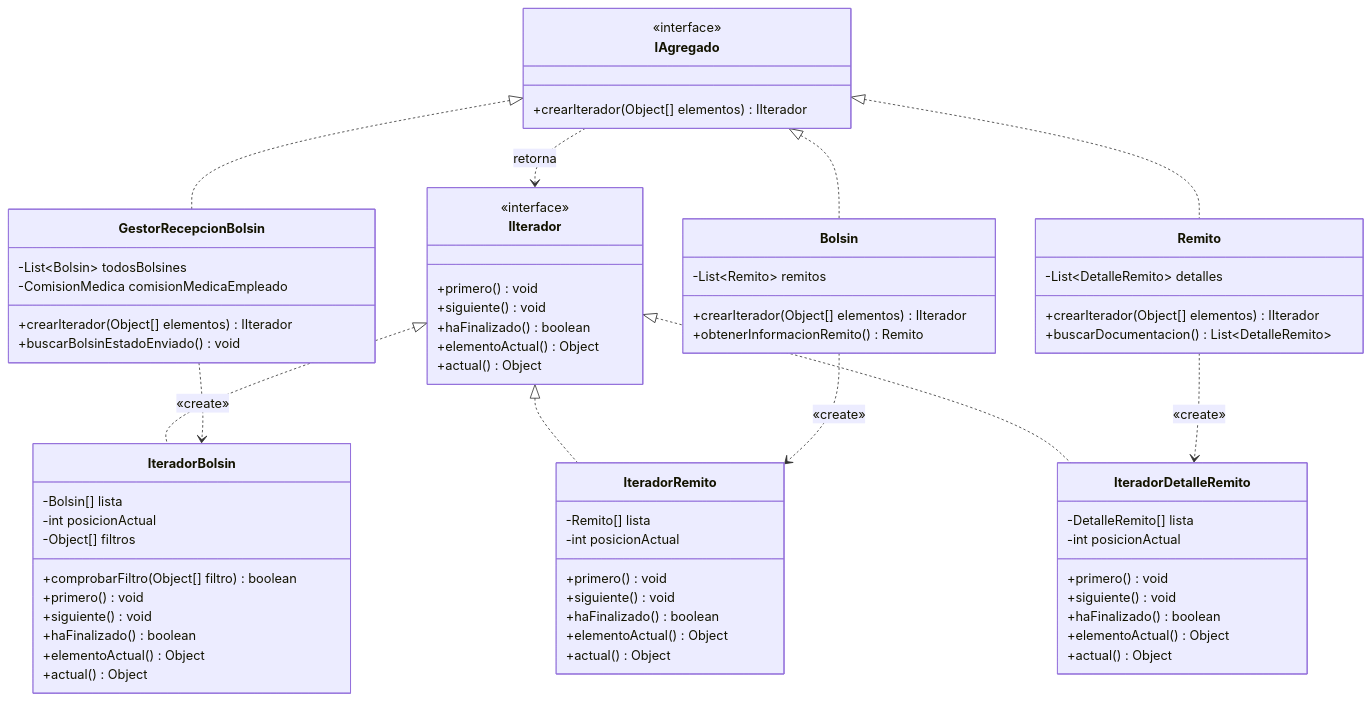
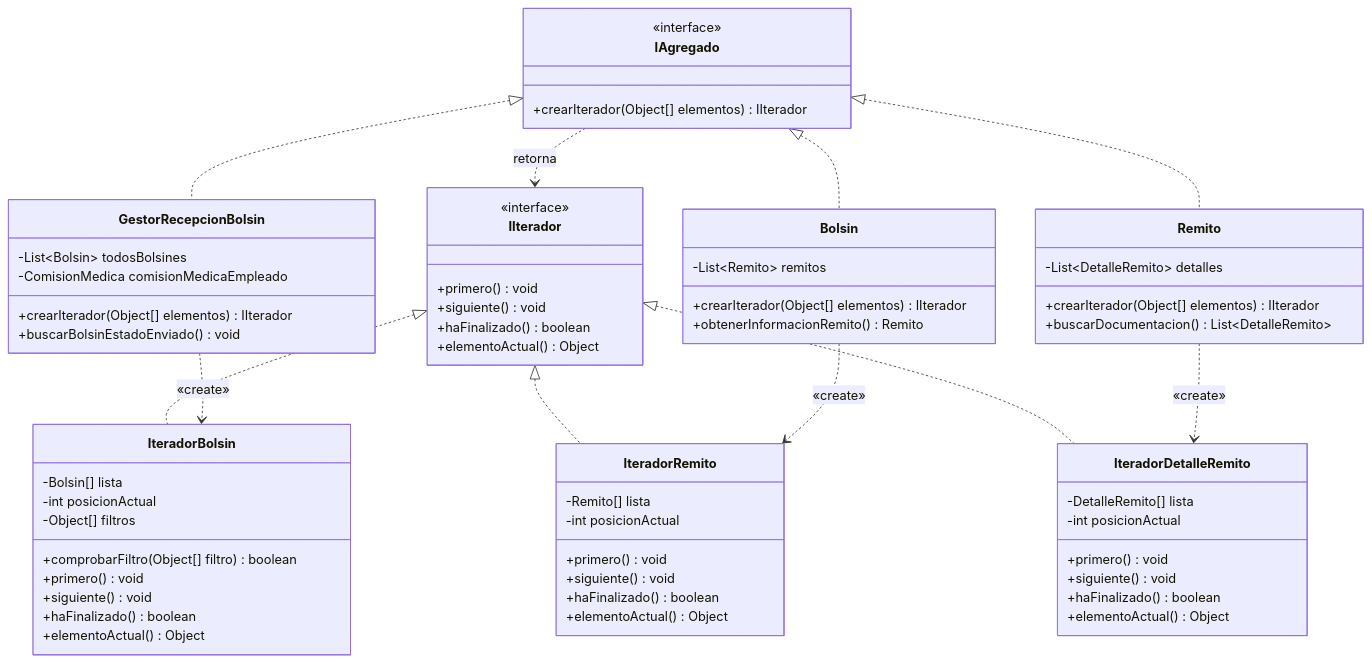
The second of 2 diagrams in GUIA_ESTUDIO_DEFENSA_CU28 (1).md (Jyiro/ppai-2026), drawn with Mermaid before and after one commit. The commit also changed other lines of this file and 4 other files, not shown here.

````diff
--- a/GUIA_ESTUDIO_DEFENSA_CU28 (1).md
+++ b/GUIA_ESTUDIO_DEFENSA_CU28 (1).md
@@ -283,73 +283,69 @@
 ```mermaid
 classDiagram
     class IAgregado {
         <<interface>>
         +crearIterador(Object[] elementos) IIterador
     }
     class IIterador {
         <<interface>>
         +primero() void
         +siguiente() void
         +haFinalizado() boolean
         +elementoActual() Object
-        +actual() Object
     }
     IAgregado ..> IIterador : retorna
 
     class GestorRecepcionBolsin {
         -List~Bolsin~ todosBolsines
         -ComisionMedica comisionMedicaEmpleado
         +crearIterador(Object[] elementos) IIterador
         +buscarBolsinEstadoEnviado() void
     }
     class Bolsin {
         -List~Remito~ remitos
         +crearIterador(Object[] elementos) IIterador
         +obtenerInformacionRemito() Remito
     }
     class Remito {
         -List~DetalleRemito~ detalles
         +crearIterador(Object[] elementos) IIterador
         +buscarDocumentacion() List~DetalleRemito~
     }
 
     class IteradorBolsin {
         -Bolsin[] lista
         -int posicionActual
         -Object[] filtros
         +comprobarFiltro(Object[] filtro) boolean
         +primero() void
         +siguiente() void
         +haFinalizado() boolean
         +elementoActual() Object
-        +actual() Object
     }
     class IteradorRemito {
         -Remito[] lista
         -int posicionActual
         +primero() void
         +siguiente() void
         +haFinalizado() boolean
         +elementoActual() Object
-        +actual() Object
     }
     class IteradorDetalleRemito {
         -DetalleRemito[] lista
         -int posicionActual
         +primero() void
         +siguiente() void
         +haFinalizado() boolean
         +elementoActual() Object
-        +actual() Object
     }
 
     IAgregado <|.. GestorRecepcionBolsin
     IAgregado <|.. Bolsin
     IAgregado <|.. Remito
     IIterador <|.. IteradorBolsin
     IIterador <|.. IteradorRemito
     IIterador <|.. IteradorDetalleRemito
     GestorRecepcionBolsin ..> IteradorBolsin : «create»
     Bolsin ..> IteradorRemito : «create»
     Remito ..> IteradorDetalleRemito : «create»
 ```
````
